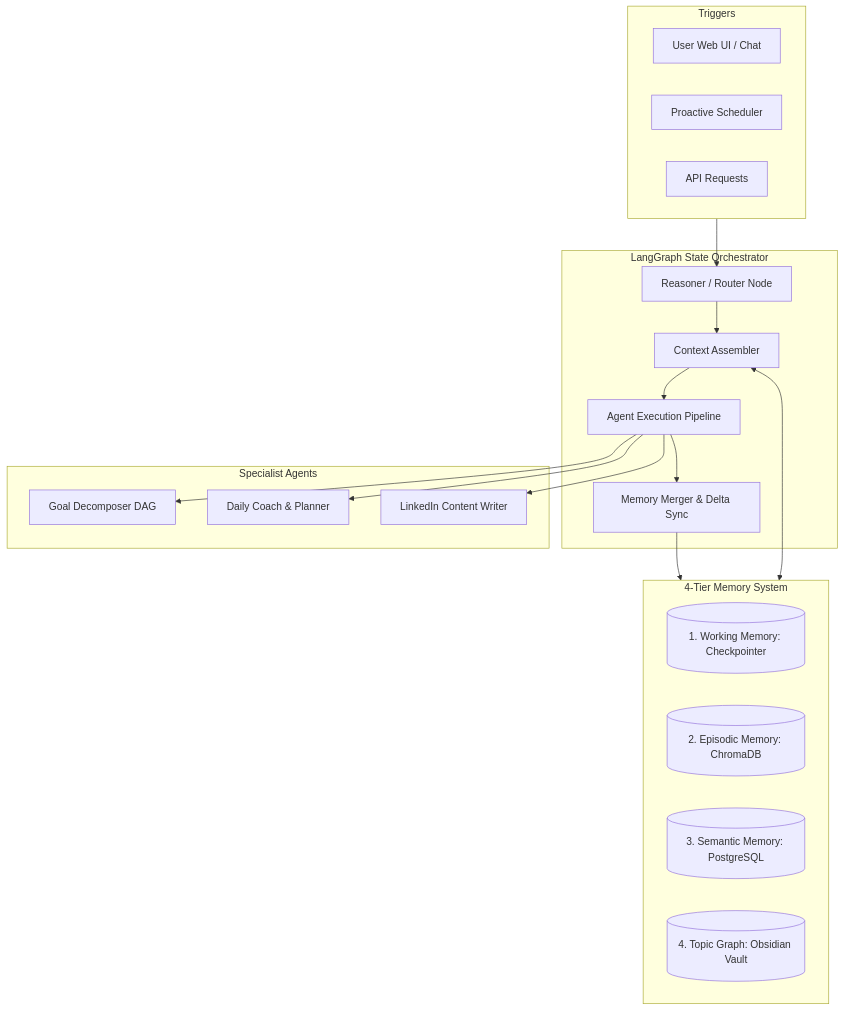
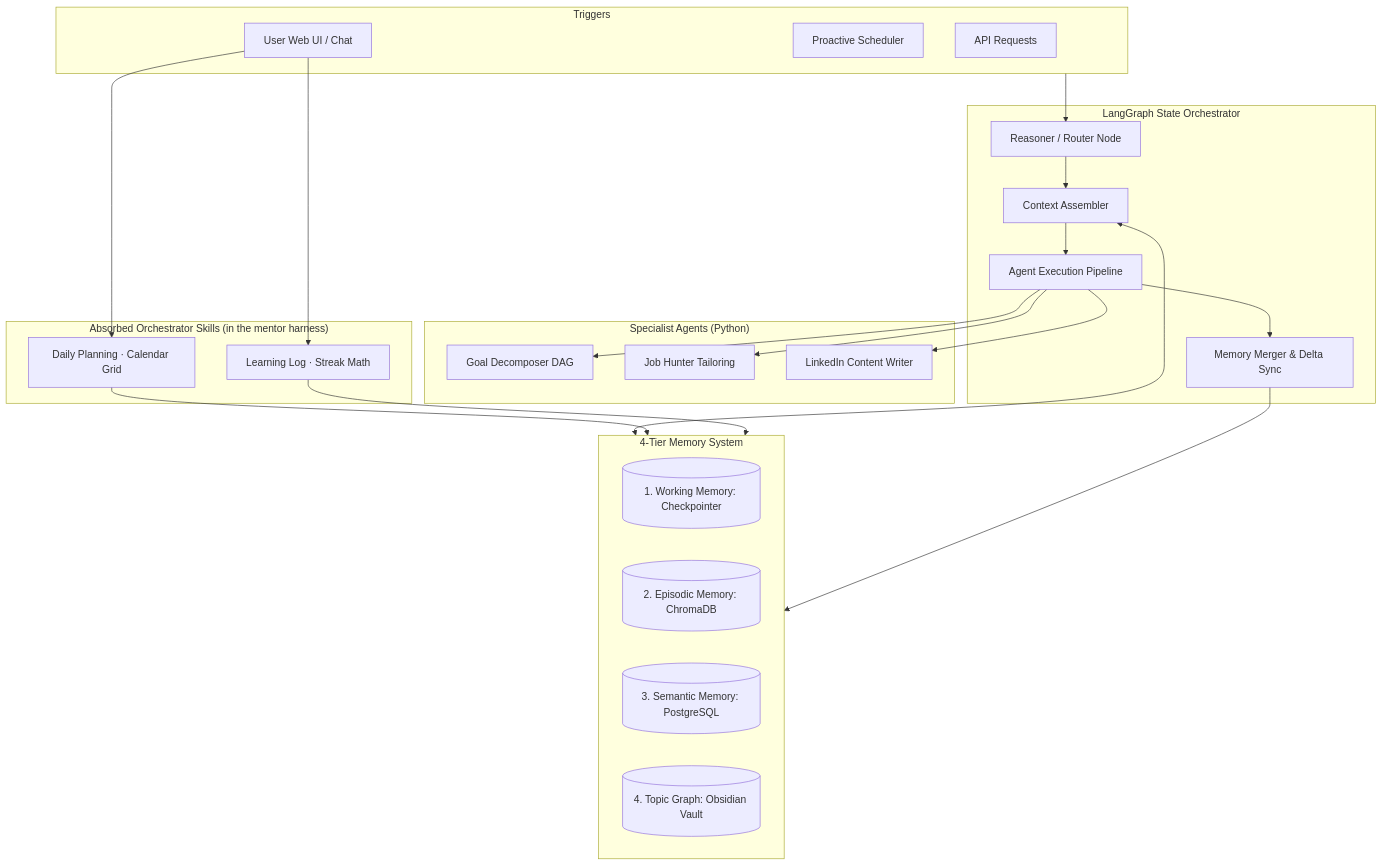
Before and after one commit to nik-shar/Personal_AI-Mentor: the diagram in README.md, drawn with Mermaid. The commit also changed other lines of this file and 351 other files, not shown here.

````diff
--- a/README.md
+++ b/README.md
@@ -34,34 +56,43 @@
 ```mermaid
 flowchart TD
     subgraph Triggers
         A[User Web UI / Chat]
         B[Proactive Scheduler]
         C[API Requests]
     end
 
     subgraph Orchestrator ["LangGraph State Orchestrator"]
         D[Reasoner / Router Node] --> E[Context Assembler]
         E --> F[Agent Execution Pipeline]
         F --> G[Memory Merger & Delta Sync]
     end
 
     subgraph MemoryLayer ["4-Tier Memory System"]
         M1[(1. Working Memory: Checkpointer)]
         M2[(2. Episodic Memory: ChromaDB)]
         M3[(3. Semantic Memory: PostgreSQL)]
         M4[(4. Topic Graph: Obsidian Vault)]
     end
 
-    subgraph SpecialistAgents ["Specialist Agents"]
+    subgraph SpecialistAgents ["Specialist Agents (Python)"]
         AG1[Goal Decomposer DAG]
-        AG2[Daily Coach & Planner]
+        AG2[Job Hunter Tailoring]
         AG3[LinkedIn Content Writer]
     end
 
+    subgraph HarnessSkills ["Absorbed Orchestrator Skills (in the mentor harness)"]
+        H1[Daily Planning · Calendar Grid]
+        H2[Learning Log · Streak Math]
+    end
+
     Triggers --> D
+    A --> H1
+    A --> H2
     E <--> MemoryLayer
     F --> AG1
     F --> AG2
     F --> AG3
+    H1 --> MemoryLayer
+    H2 --> MemoryLayer
     G --> MemoryLayer
 ```
````
